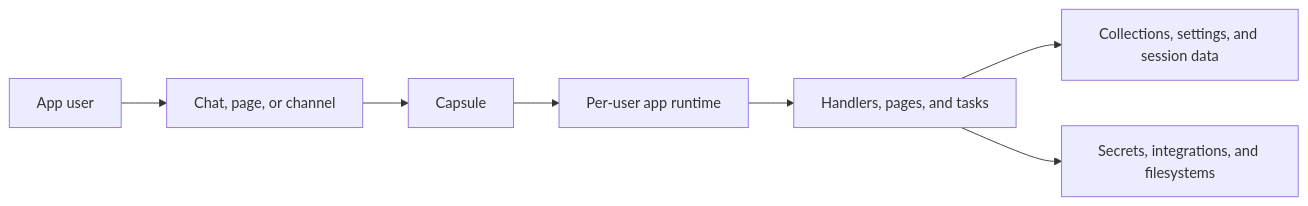
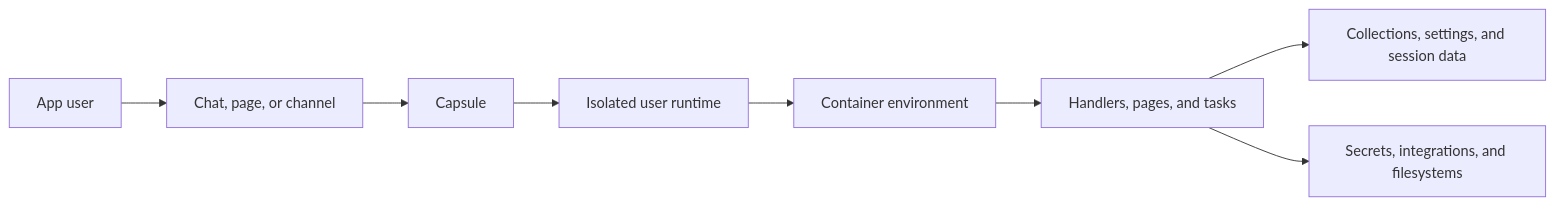
One commit to beam-cloud/capsule-docs changed the diagram in concepts/app-model-and-runtime.mdx. Above: the diagram before and after it, drawn with Mermaid. The commit also changed other lines of this file and 5 other files, not shown here.

````diff
--- a/concepts/app-model-and-runtime.mdx
+++ b/concepts/app-model-and-runtime.mdx
@@ -51,9 +55,10 @@
 ```mermaid
 flowchart LR
     appUser[App user] --> surface[Chat, page, or channel]
     surface --> router[Capsule]
-    router --> runtime[Per-user app runtime]
-    runtime --> logic[Handlers, pages, and tasks]
+    router --> runtime[Isolated user runtime]
+    runtime --> container[Container environment]
+    container --> logic[Handlers, pages, and tasks]
     logic --> state[Collections, settings, and session data]
     logic --> resources[Secrets, integrations, and filesystems]
 ```
````
